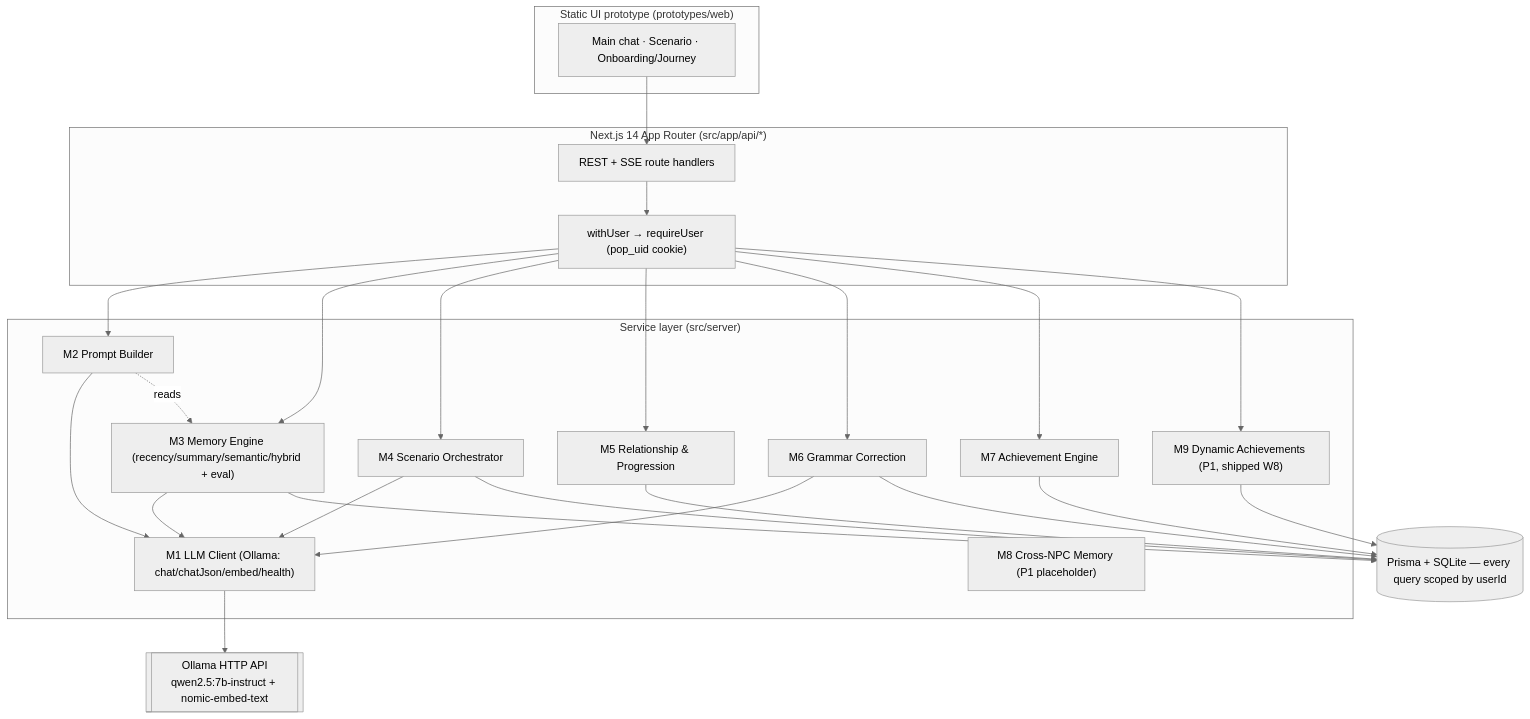
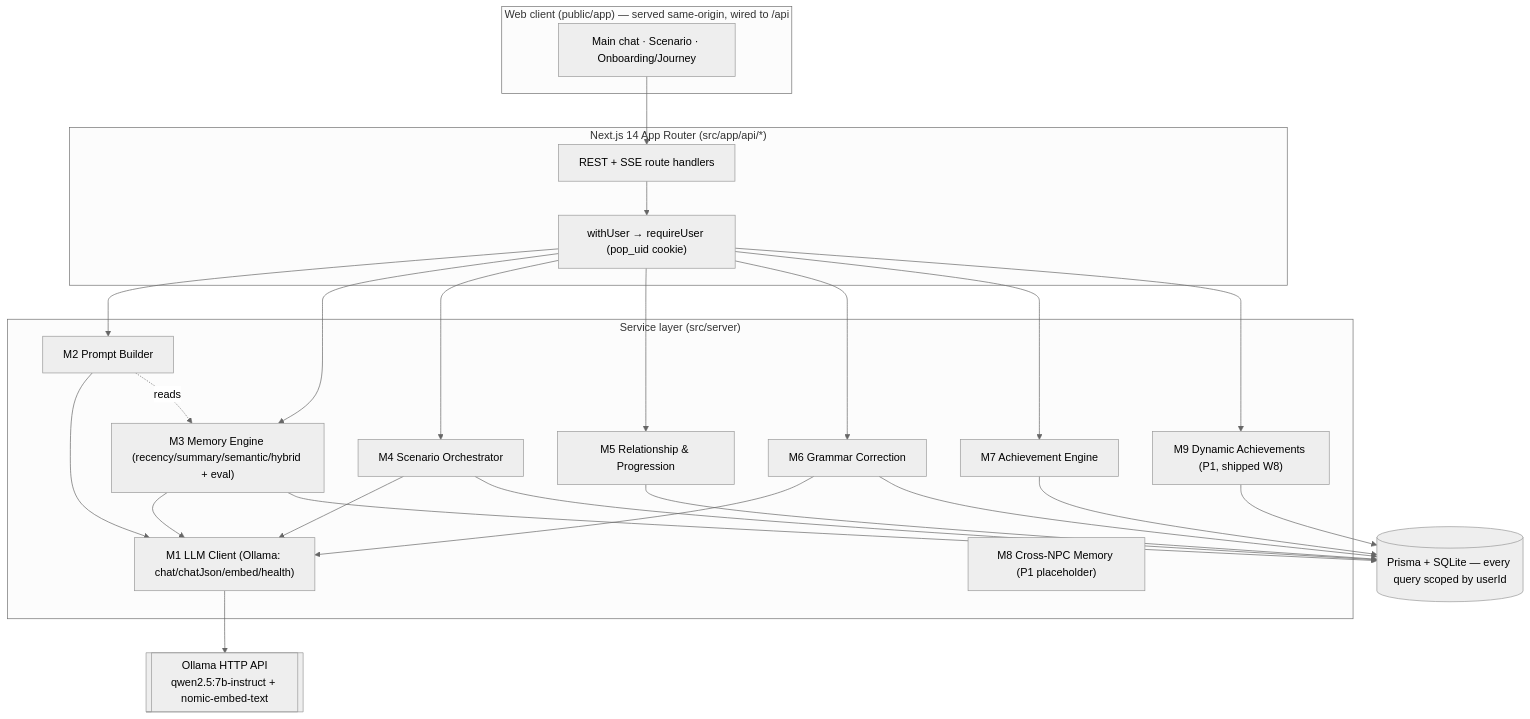
Before and after one commit to ruii-wu/popcorn-language: the first of 3 diagrams in docs/reports/architecture.md, drawn with Mermaid (neutral theme). The commit also changed 3 other files, not shown here.

First line of the commit message:
docs: README + figures for the wired web client (W10)

````diff
--- a/docs/reports/architecture.md
+++ b/docs/reports/architecture.md
@@ -8,33 +8,33 @@
 ```mermaid
 flowchart TB
-  subgraph Client["Static UI prototype (prototypes/web)"]
+  subgraph Client["Web client (public/app) — served same-origin, wired to /api"]
     UI["Main chat · Scenario · Onboarding/Journey"]
   end
   subgraph Next["Next.js 14 App Router (src/app/api/*)"]
     Routes["REST + SSE route handlers"]
     Gate["withUser → requireUser (pop_uid cookie)"]
   end
   subgraph Server["Service layer (src/server)"]
     M1["M1 LLM Client (Ollama: chat/chatJson/embed/health)"]
     M2["M2 Prompt Builder"]
     M3["M3 Memory Engine (recency/summary/semantic/hybrid + eval)"]
     M4["M4 Scenario Orchestrator"]
     M5["M5 Relationship & Progression"]
     M6["M6 Grammar Correction"]
     M7["M7 Achievement Engine"]
     M8["M8 Cross-NPC Memory (P1 placeholder)"]
     M9["M9 Dynamic Achievements (P1, shipped W8)"]
   end
   DB[("Prisma + SQLite — every query scoped by userId")]
   Ollama[["Ollama HTTP API<br/>qwen2.5:7b-instruct + nomic-embed-text"]]
 
   UI --> Routes --> Gate
   Gate --> M2 & M3 & M4 & M5 & M6 & M7 & M9
   M2 --> M1
   M3 --> M1
   M4 --> M1
   M6 --> M1
   M1 --> Ollama
   M2 -.reads.-> M3
   M3 & M4 & M5 & M6 & M7 & M9 --> DB
 ```
````
